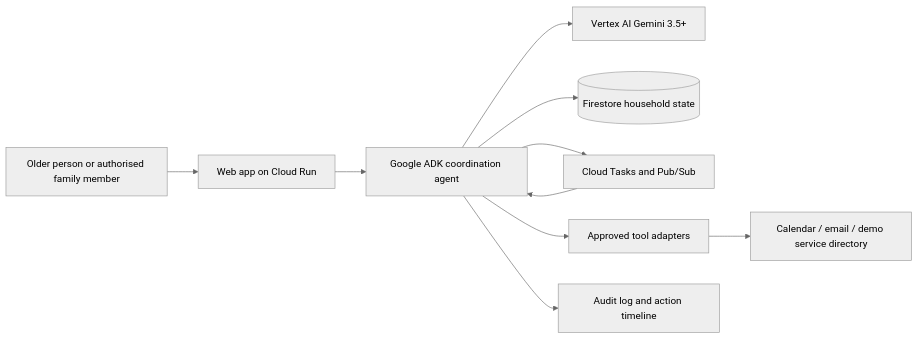
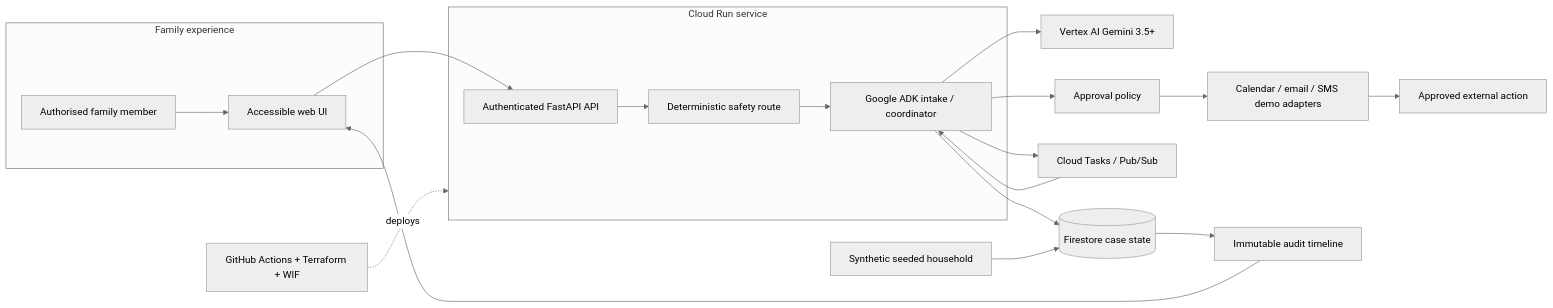
One commit to sailing-together/StayLong changed the diagram in docs/architecture.md. Above: the diagram before and after it, drawn with Mermaid (neutral theme). The commit also changed other lines of this file and 4 other files, not shown here.

Commit message:
add architecture diagram and demo household fixture

````diff
--- a/docs/architecture.md
+++ b/docs/architecture.md
@@ -7,12 +7,22 @@
 ```mermaid
 flowchart LR
-  U["Older person or authorised family member"] --> W["Web app on Cloud Run"]
-  W --> A["Google ADK coordination agent"]
-  A --> V["Vertex AI Gemini 3.5+"]
-  A --> F[("Firestore household state")]
-  A --> Q["Cloud Tasks and Pub/Sub"]
-  Q --> A
-  A --> T["Approved tool adapters"]
-  T --> C["Calendar / email / demo service directory"]
-  A --> L["Audit log and action timeline"]
+  subgraph FAMILY["Family experience"]
+    U["Authorised family member"] --> W["Accessible web UI"]
+  end
+  subgraph RUN["Cloud Run service"]
+    W --> API["Authenticated FastAPI API"]
+    API --> R["Deterministic safety route"]
+    R --> ADK["Google ADK intake / coordinator"]
+  end
+  ADK --> V["Vertex AI Gemini 3.5+"]
+  ADK --> F[("Firestore case state")]
+  ADK --> Q["Cloud Tasks / Pub/Sub"]
+  Q --> ADK
+  ADK --> P["Approval policy"]
+  P --> T["Calendar / email / SMS demo adapters"]
+  T --> C["Approved external action"]
+  F --> L["Immutable audit timeline"]
+  L --> W
+  D["Synthetic seeded household"] --> F
+  CI["GitHub Actions + Terraform + WIF"] -. deploys .-> RUN
 ```
````
